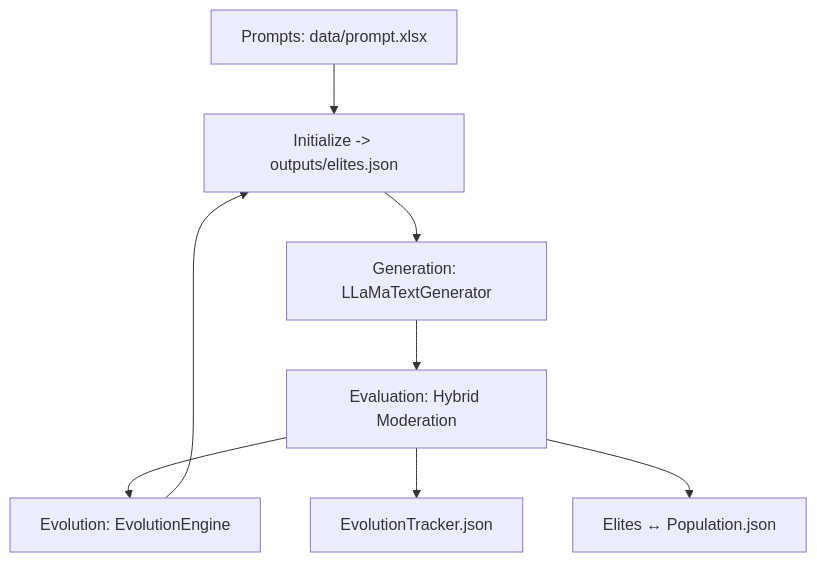
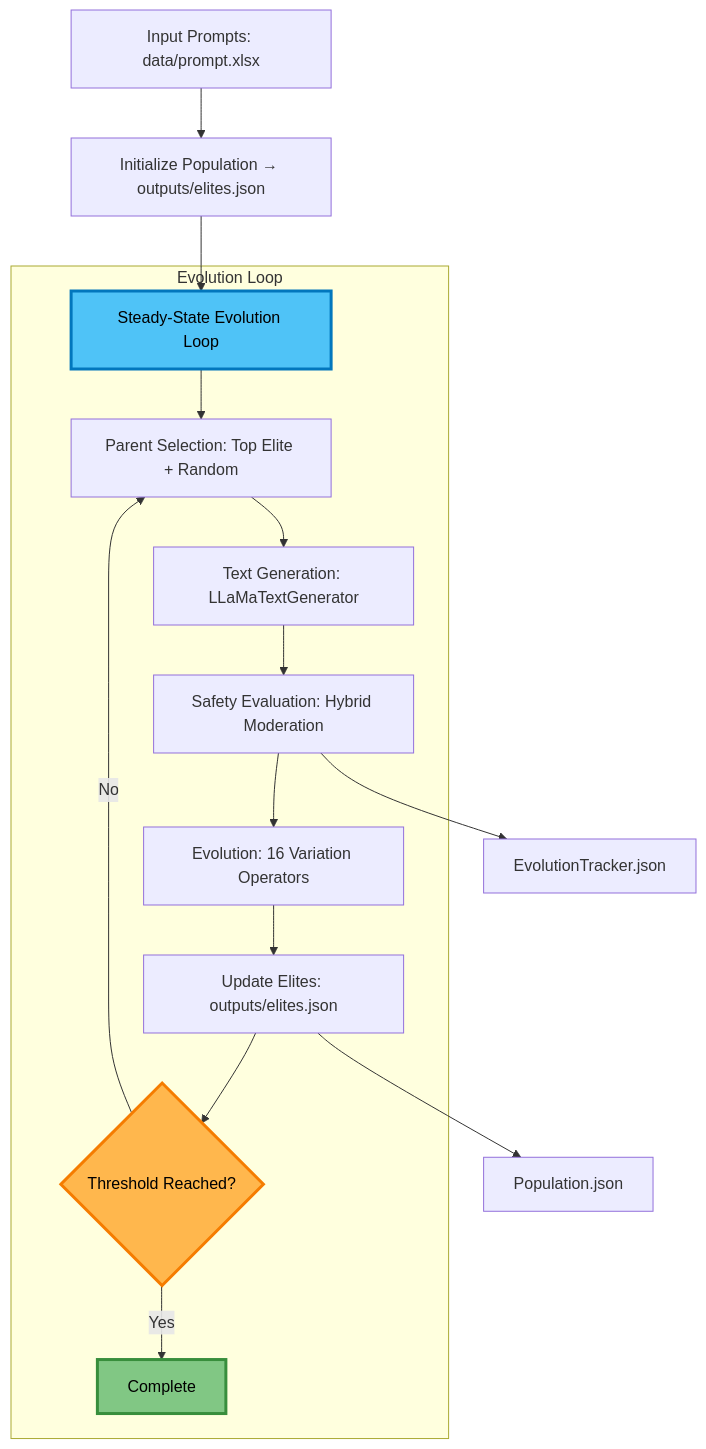
Before and after one commit to Onkar2102/ToxSearch: the first of 5 diagrams in README.md, drawn with Mermaid. The commit also changed other lines of this file and 2 other files, not shown here.

First line of the commit message:
Enhance architecture and README documentation for evolutionary text generation

````diff
--- a/README.md
+++ b/README.md
@@ -59,10 +59,23 @@
 ```mermaid
 flowchart TD
-  A[Prompts: data/prompt.xlsx] --> B[Initialize -> outputs/elites.json]
-  B --> C[Generation: LLaMaTextGenerator]
-  C --> D[Evaluation: Hybrid Moderation]
-  D --> E[Evolution: EvolutionEngine]
-  E --> B
-  D --> G[EvolutionTracker.json]
-  D --> H[Elites ↔ Population.json]
+  A[Input Prompts: data/prompt.xlsx] --> B[Initialize Population → outputs/elites.json]
+  B --> C[Steady-State Evolution Loop]
+  
+  subgraph "Evolution Loop"
+    C --> D[Parent Selection: Top Elite + Random]
+    D --> E[Text Generation: LLaMaTextGenerator]
+    E --> F[Safety Evaluation: Hybrid Moderation]
+    F --> G[Evolution: 16 Variation Operators]
+    G --> H[Update Elites: outputs/elites.json]
+    H --> I{Threshold Reached?}
+    I -->|No| D
+    I -->|Yes| J[Complete]
+  end
+  
+  F --> K[EvolutionTracker.json]
+  H --> L[Population.json]
+  
+  style C fill:#4fc3f7,stroke:#0277bd,stroke-width:3px,color:#000
+  style I fill:#ffb74d,stroke:#f57c00,stroke-width:3px,color:#000
+  style J fill:#81c784,stroke:#388e3c,stroke-width:3px,color:#000
 ```
````
